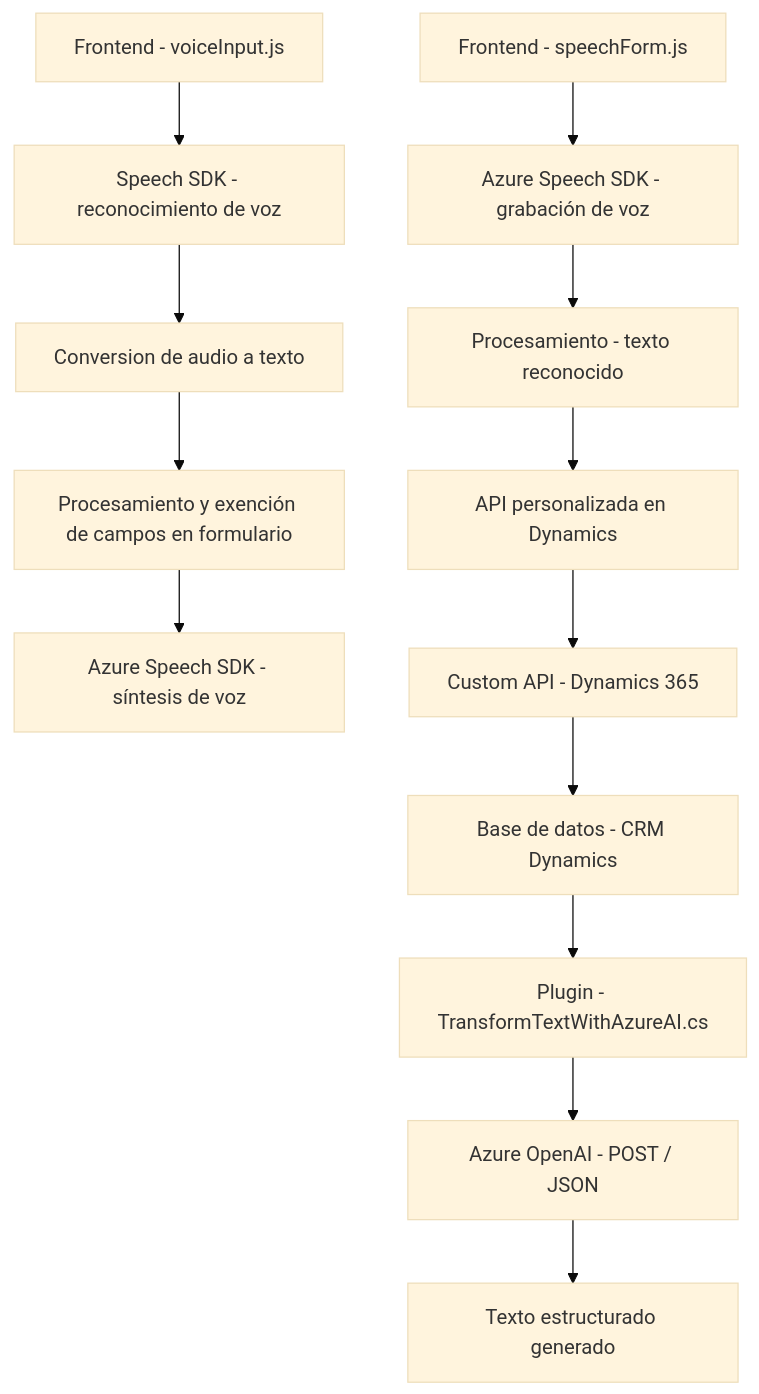
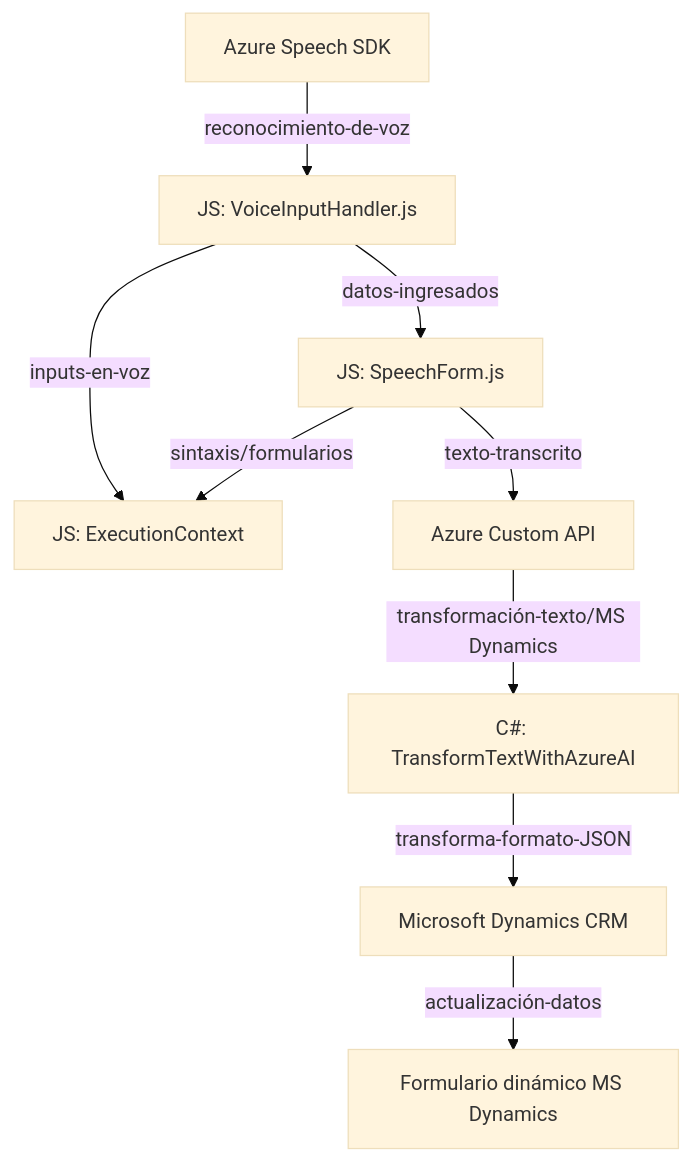
Before and after one commit to blopezdm/NETCORE_BILBAO2025: the diagram in README.md, drawn with Mermaid (base theme). The commit also changed other lines of this file, not shown here.

````diff
--- a/README.md
+++ b/README.md
@@ -36,15 +50,13 @@
 ```mermaid
 graph TD
-    A["Frontend - voiceInput.js"] --> B["Speech SDK - reconocimiento de voz"]
-    B --> C["Conversion de audio a texto"]
-    C --> D["Procesamiento y exención de campos en formulario"]
-    D --> E["Azure Speech SDK - síntesis de voz"]
-    F["Frontend - speechForm.js"] --> G["Azure Speech SDK - grabación de voz"]
-    G --> H["Procesamiento - texto reconocido"]
-    H --> I["API personalizada en Dynamics"]
-    I --> K["Custom API - Dynamics 365"]
-    K --> J["Base de datos - CRM Dynamics"]
-    J --> L["Plugin - TransformTextWithAzureAI.cs"]
-    L --> M["Azure OpenAI - POST / JSON"]
-    M --> N["Texto estructurado generado"]
+    A["Azure Speech SDK"] -->|reconocimiento-de-voz| B["JS: VoiceInputHandler.js"]
+    B -->|inputs-en-voz| C["JS: ExecutionContext"]
+    B -->|datos-ingresados| D["JS: SpeechForm.js"]
+
+    D -->|sintaxis/formularios| C
+    D -->|texto-transcrito| E["Azure Custom API"]
+    E -->|transformación-texto/MS Dynamics| F["C#: TransformTextWithAzureAI"]
+    F -->|transforma-formato-JSON| G["Microsoft Dynamics CRM"]
+
+    G -->|actualización-datos| H["Formulario dinámico MS Dynamics"]
 ```
````
